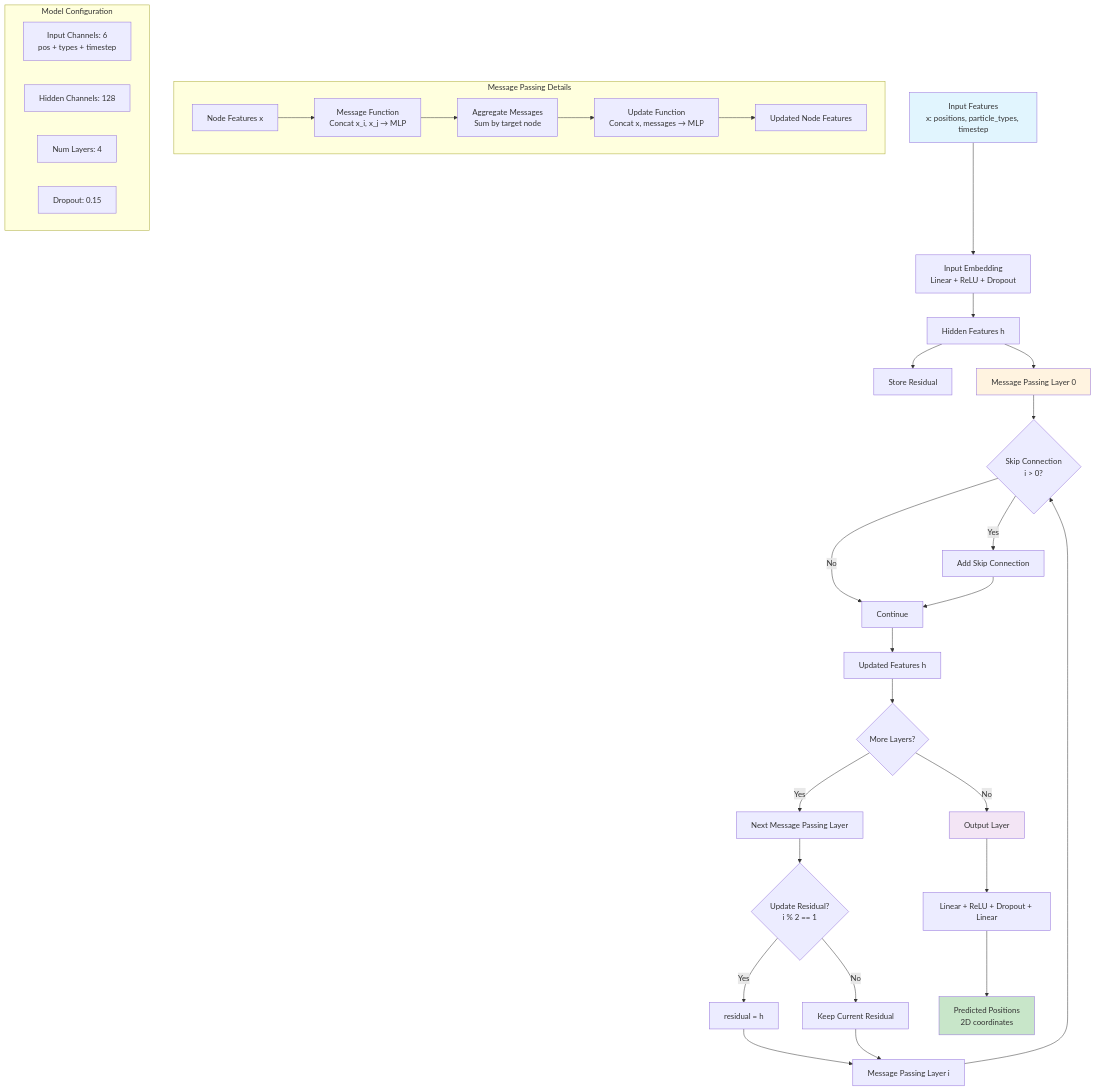
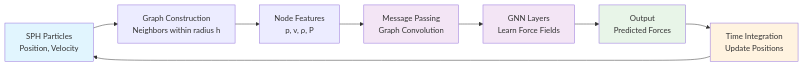
Before and after one commit to huypham37/GNN-SPH: the second of 2 diagrams in architecture.md, drawn with Mermaid. The commit also changed other lines of this file and 6 other files, not shown here.

````diff
--- a/architecture.md
+++ b/architecture.md
@@ -1,47 +52,16 @@
 ```mermaid
-graph TD
-    A[Input Features<br/>x: positions, particle_types, timestep] --> B[Input Embedding<br/>Linear + ReLU + Dropout]
-    
-    B --> C[Hidden Features h]
-    C --> D[Store Residual]
-    
-    C --> E[Message Passing Layer 0]
-    E --> F{Skip Connection<br/>i > 0?}
-    F -->|Yes| G[Add Skip Connection]
-    F -->|No| H[Continue]
-    G --> H
-    H --> I[Updated Features h]
-    
-    I --> J{More Layers?}
-    J -->|Yes| K[Next Message Passing Layer]
-    J -->|No| L[Output Layer]
-    
-    K --> M{Update Residual?<br/>i % 2 == 1}
-    M -->|Yes| N[residual = h]
-    M -->|No| O[Keep Current Residual]
-    N --> P[Message Passing Layer i]
-    O --> P
-    P --> F
-    
-    L --> Q[Linear + ReLU + Dropout + Linear]
-    Q --> R[Predicted Positions<br/>2D coordinates]
-    
-    subgraph "Message Passing Details"
-        S[Node Features x] --> T[Message Function<br/>Concat x_i, x_j → MLP]
-        T --> U[Aggregate Messages<br/>Sum by target node]
-        U --> V[Update Function<br/>Concat x, messages → MLP]
-        V --> W[Updated Node Features]
-    end
-    
-    subgraph "Model Configuration"
-        X[Input Channels: 6<br/>pos + types + timestep]
-        Y[Hidden Channels: 128]
-        Z[Num Layers: 4]
-        AA[Dropout: 0.15]
-    end
+flowchart LR
+    A[SPH Particles<br/>Position, Velocity] --> B[Graph Construction<br/>Neighbors within radius h]
+    B --> C[Node Features<br/>p, v, ρ, P]
+    C --> D[Message Passing<br/>Graph Convolution]
+    D --> E[GNN Layers<br/>Learn Force Fields]
+    E --> F[Output<br/>Predicted Forces]
+    F --> G[Time Integration<br/>Update Positions]
+    G --> A
     
     style A fill:#e1f5fe
-    style R fill:#c8e6c9
-    style E fill:#fff3e0
-    style L fill:#f3e5f5
+    style D fill:#f3e5f5
+    style E fill:#f3e5f5
+    style F fill:#e8f5e8
+    style G fill:#fff3e0
 ```
````
